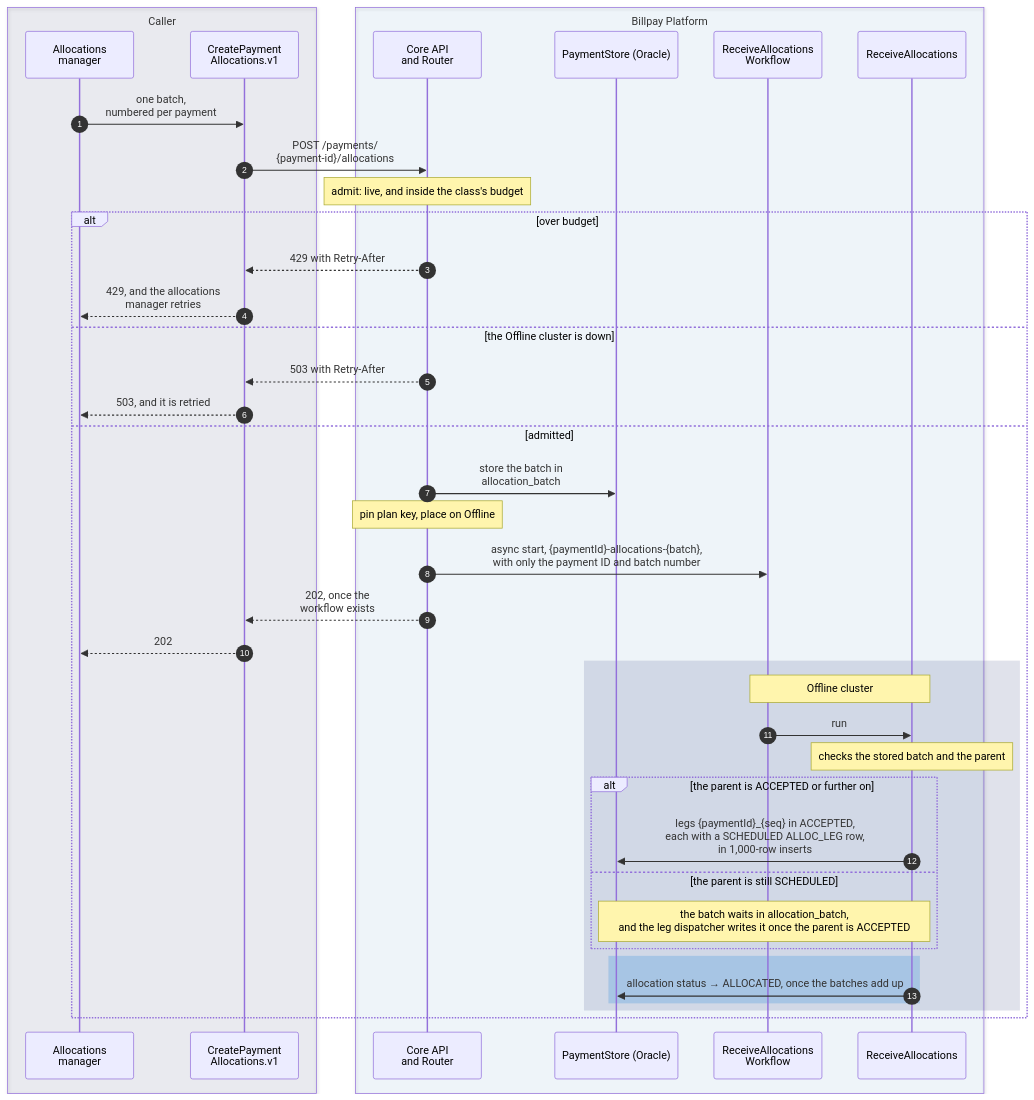
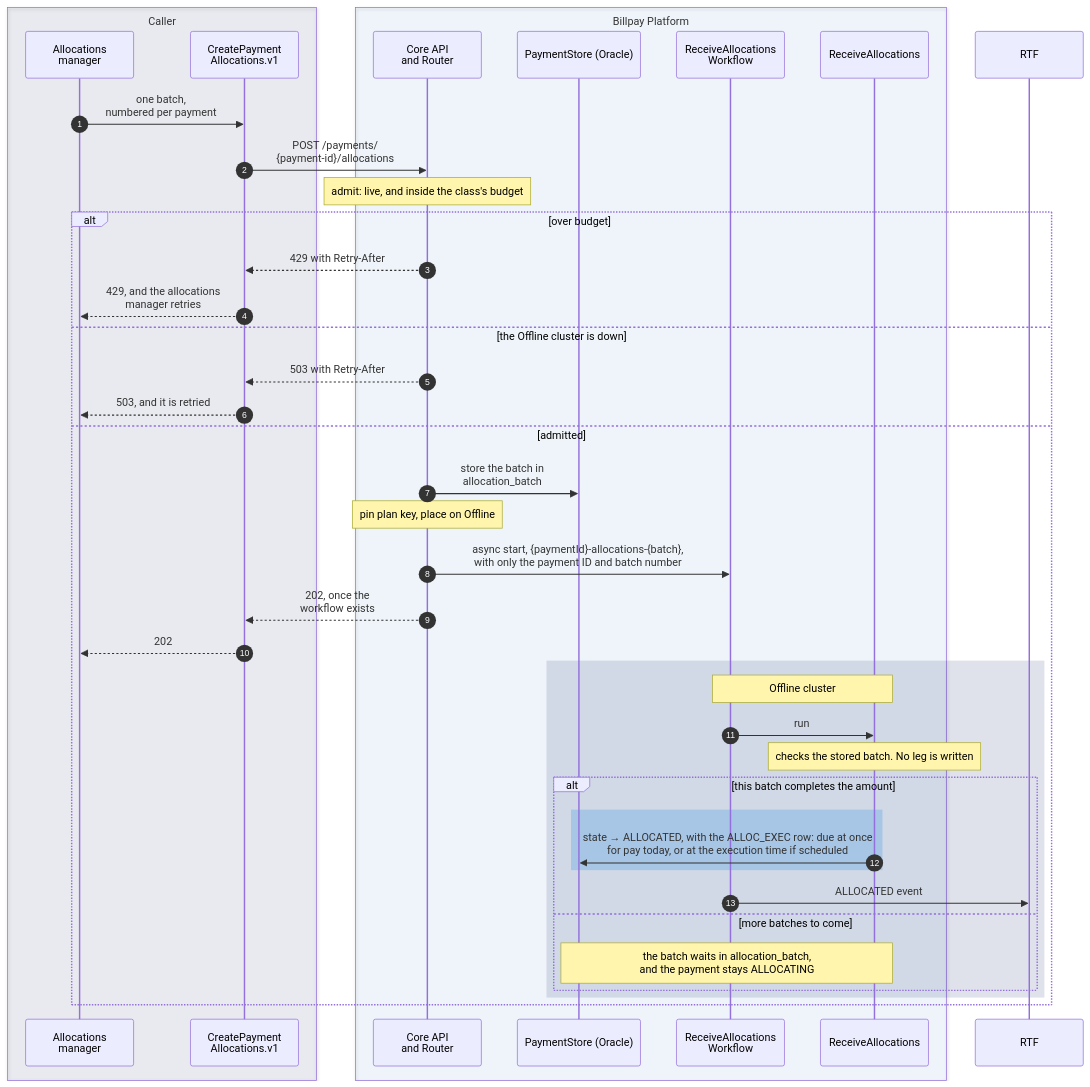
Diagram 13 of 13 in website/docs/design/sequence-diagrams.md (arunav-bhattacharya/billpay-book), drawn with Mermaid before and after one commit. The commit also changed other lines of this file and 25 other files, not shown here.

First line of the commit message:
Corporate: each step from a Work Tracker row; ALLOCATING and ALLOCATED as states

````diff
--- a/website/docs/design/sequence-diagrams.md
+++ b/website/docs/design/sequence-diagrams.md
@@ -778,51 +798,53 @@
 ```mermaid
 ---
 config:
   fontFamily: "BentonSansUI, Helvetica, Arial, sans-serif"
   fontSize: 15
 ---
 sequenceDiagram
   autonumber
 
   box rgba(0,23,90,0.07) Caller
     participant AM as Allocations<br/>manager
     participant OD as CreatePayment<br/>Allocations.v1
   end
 
   box rgba(0,111,207,0.05) Billpay Platform
     participant R as Core API<br/>and Router
     participant PS as PaymentStore (Oracle)
     participant RW as ReceiveAllocations<br/>Workflow
     participant RC as ReceiveAllocations
   end
 
+  participant RTF
+
   AM->>OD: one batch,<br/>numbered per payment
   OD->>R: POST /payments/<br/>{payment-id}/allocations
   Note over R: admit: live, and inside the class's budget
   alt over budget
     R-->>OD: 429 with Retry-After
     OD-->>AM: 429, and the allocations<br/>manager retries
   else the Offline cluster is down
     R-->>OD: 503 with Retry-After
     OD-->>AM: 503, and it is retried
   else admitted
     R->>PS: store the batch in<br/>allocation_batch
     Note over R: pin plan key, place on Offline
     R->>RW: async start, {paymentId}-allocations-{batch},<br/>with only the payment ID and batch number
     R-->>OD: 202, once the<br/>workflow exists
     OD-->>AM: 202
     rect rgba(0,23,90,0.12)
       Note over RW,RC: Offline cluster
       RW->>RC: run
-      Note over RC: checks the stored batch and the parent
-      alt the parent is ACCEPTED or further on
-        RC->>PS: legs {paymentId}_{seq} in ACCEPTED,<br/>each with a SCHEDULED ALLOC_LEG row,<br/>in 1,000-row inserts
-      else the parent is still SCHEDULED
-        Note over RC,PS: the batch waits in allocation_batch,<br/>and the leg dispatcher writes it once the parent is ACCEPTED
-      end
-      rect rgba(102,169,226,0.40)
-        RC->>PS: allocation status → ALLOCATED, once the batches add up
+      Note over RC: checks the stored batch. No leg is written
+      alt this batch completes the amount
+        rect rgba(102,169,226,0.40)
+          RC->>PS: state → ALLOCATED, with the ALLOC_EXEC row: due at once<br/>for pay today, or at the execution time if scheduled
+        end
+        RW->>RTF: ALLOCATED event
+      else more batches to come
+        Note over RC,PS: the batch waits in allocation_batch,<br/>and the payment stays ALLOCATING
       end
     end
   end
 ```
````
